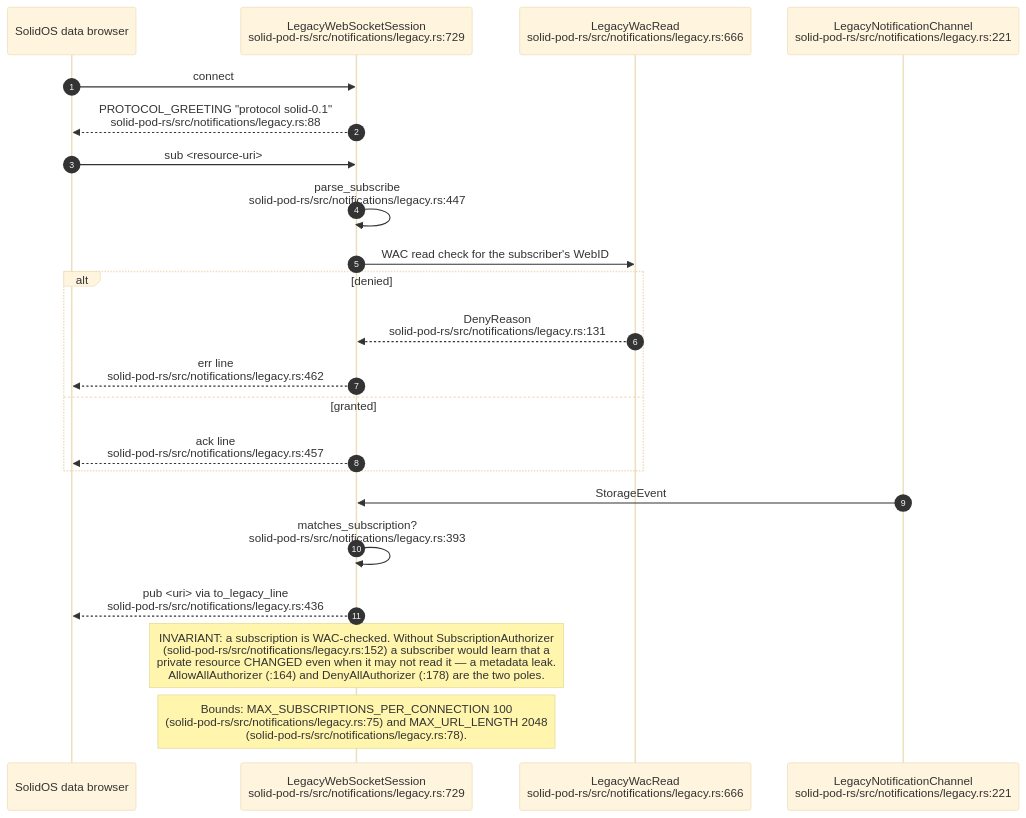
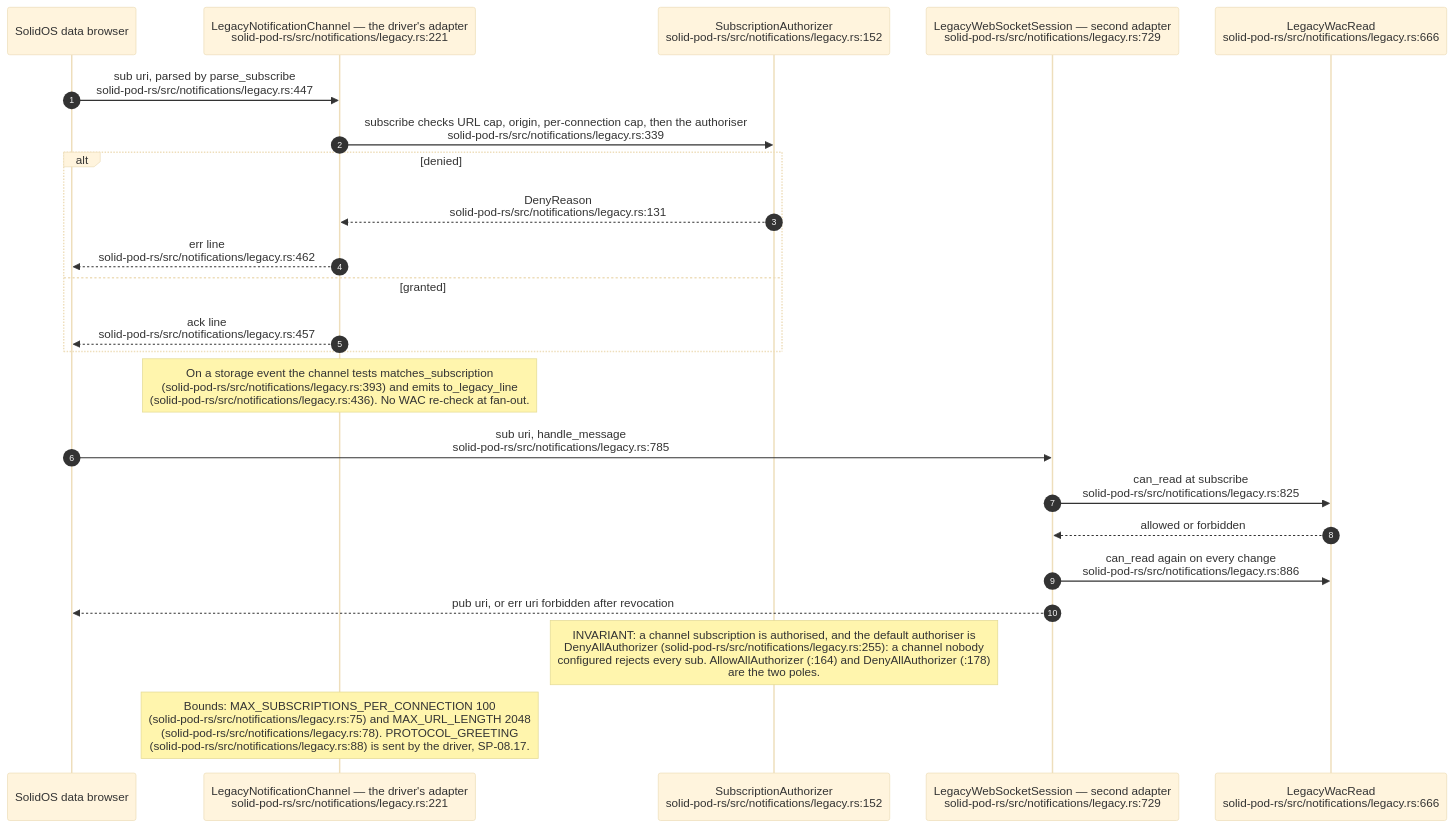
The fourth of 17 diagrams in docs/diagrams/solid-pod-rs/08-federation-notifications-forge-mcp.md (DreamLab-AI/VisionFlow), drawn with Mermaid (base theme) before and after one commit. The commit also changed other lines of this file and 47 other files, not shown here.

````diff
--- a/docs/diagrams/solid-pod-rs/08-federation-notifications-forge-mcp.md
+++ b/docs/diagrams/solid-pod-rs/08-federation-notifications-forge-mcp.md
@@ -134,26 +159,27 @@
 ```mermaid
 sequenceDiagram
     autonumber
     participant C as SolidOS data browser
-    participant S as LegacyWebSocketSession<br/>solid-pod-rs/src/notifications/legacy.rs:729
+    participant CH as LegacyNotificationChannel — the driver's adapter<br/>solid-pod-rs/src/notifications/legacy.rs:221
+    participant AZ as SubscriptionAuthorizer<br/>solid-pod-rs/src/notifications/legacy.rs:152
+    participant S as LegacyWebSocketSession — second adapter<br/>solid-pod-rs/src/notifications/legacy.rs:729
     participant W as LegacyWacRead<br/>solid-pod-rs/src/notifications/legacy.rs:666
-    participant CH as LegacyNotificationChannel<br/>solid-pod-rs/src/notifications/legacy.rs:221
 
-    C->>S: connect
-    S-->>C: PROTOCOL_GREETING "protocol solid-0.1"<br/>solid-pod-rs/src/notifications/legacy.rs:88
-    C->>S: sub <resource-uri>
-    S->>S: parse_subscribe<br/>solid-pod-rs/src/notifications/legacy.rs:447
-    S->>W: WAC read check for the subscriber's WebID
+    C->>CH: sub uri, parsed by parse_subscribe<br/>solid-pod-rs/src/notifications/legacy.rs:447
+    CH->>AZ: subscribe checks URL cap, origin, per-connection cap, then the authoriser<br/>solid-pod-rs/src/notifications/legacy.rs:339
     alt denied
-        W-->>S: DenyReason<br/>solid-pod-rs/src/notifications/legacy.rs:131
-        S-->>C: err line<br/>solid-pod-rs/src/notifications/legacy.rs:462
+        AZ-->>CH: DenyReason<br/>solid-pod-rs/src/notifications/legacy.rs:131
+        CH-->>C: err line<br/>solid-pod-rs/src/notifications/legacy.rs:462
     else granted
-        S-->>C: ack line<br/>solid-pod-rs/src/notifications/legacy.rs:457
+        CH-->>C: ack line<br/>solid-pod-rs/src/notifications/legacy.rs:457
     end
-    CH->>S: StorageEvent
-    S->>S: matches_subscription?<br/>solid-pod-rs/src/notifications/legacy.rs:393
-    S-->>C: pub <uri> via to_legacy_line<br/>solid-pod-rs/src/notifications/legacy.rs:436
+    Note over CH: On a storage event the channel tests matches_subscription<br/>(solid-pod-rs/src/notifications/legacy.rs:393) and emits to_legacy_line<br/>(solid-pod-rs/src/notifications/legacy.rs:436). No WAC re-check at fan-out.
+    C->>S: sub uri, handle_message<br/>solid-pod-rs/src/notifications/legacy.rs:785
+    S->>W: can_read at subscribe<br/>solid-pod-rs/src/notifications/legacy.rs:825
+    W-->>S: allowed or forbidden
+    S->>W: can_read again on every change<br/>solid-pod-rs/src/notifications/legacy.rs:886
+    S-->>C: pub uri, or err uri forbidden after revocation
 
-    Note over S: INVARIANT: a subscription is WAC-checked. Without SubscriptionAuthorizer<br/>(solid-pod-rs/src/notifications/legacy.rs:152) a subscriber would learn that a<br/>private resource CHANGED even when it may not read it — a metadata leak.<br/>AllowAllAuthorizer (:164) and DenyAllAuthorizer (:178) are the two poles.
-    Note over S: Bounds: MAX_SUBSCRIPTIONS_PER_CONNECTION 100<br/>(solid-pod-rs/src/notifications/legacy.rs:75) and MAX_URL_LENGTH 2048<br/>(solid-pod-rs/src/notifications/legacy.rs:78).
+    Note over AZ: INVARIANT: a channel subscription is authorised, and the default authoriser is<br/>DenyAllAuthorizer (solid-pod-rs/src/notifications/legacy.rs:255): a channel nobody<br/>configured rejects every sub. AllowAllAuthorizer (:164) and DenyAllAuthorizer (:178)<br/>are the two poles.
+    Note over CH: Bounds: MAX_SUBSCRIPTIONS_PER_CONNECTION 100<br/>(solid-pod-rs/src/notifications/legacy.rs:75) and MAX_URL_LENGTH 2048<br/>(solid-pod-rs/src/notifications/legacy.rs:78). PROTOCOL_GREETING<br/>(solid-pod-rs/src/notifications/legacy.rs:88) is sent by the driver, SP-08.17.
 ```
````
